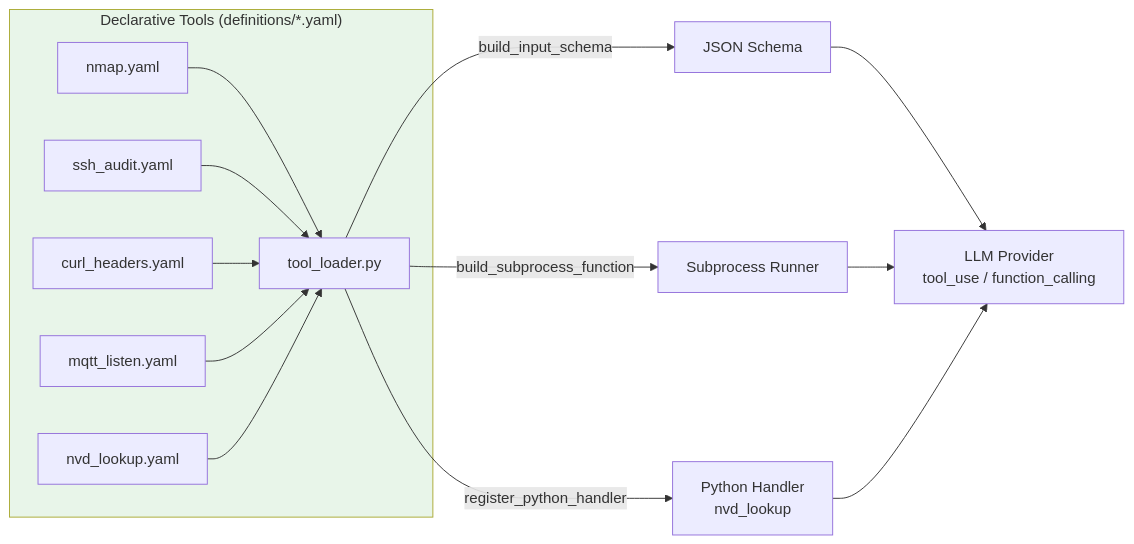
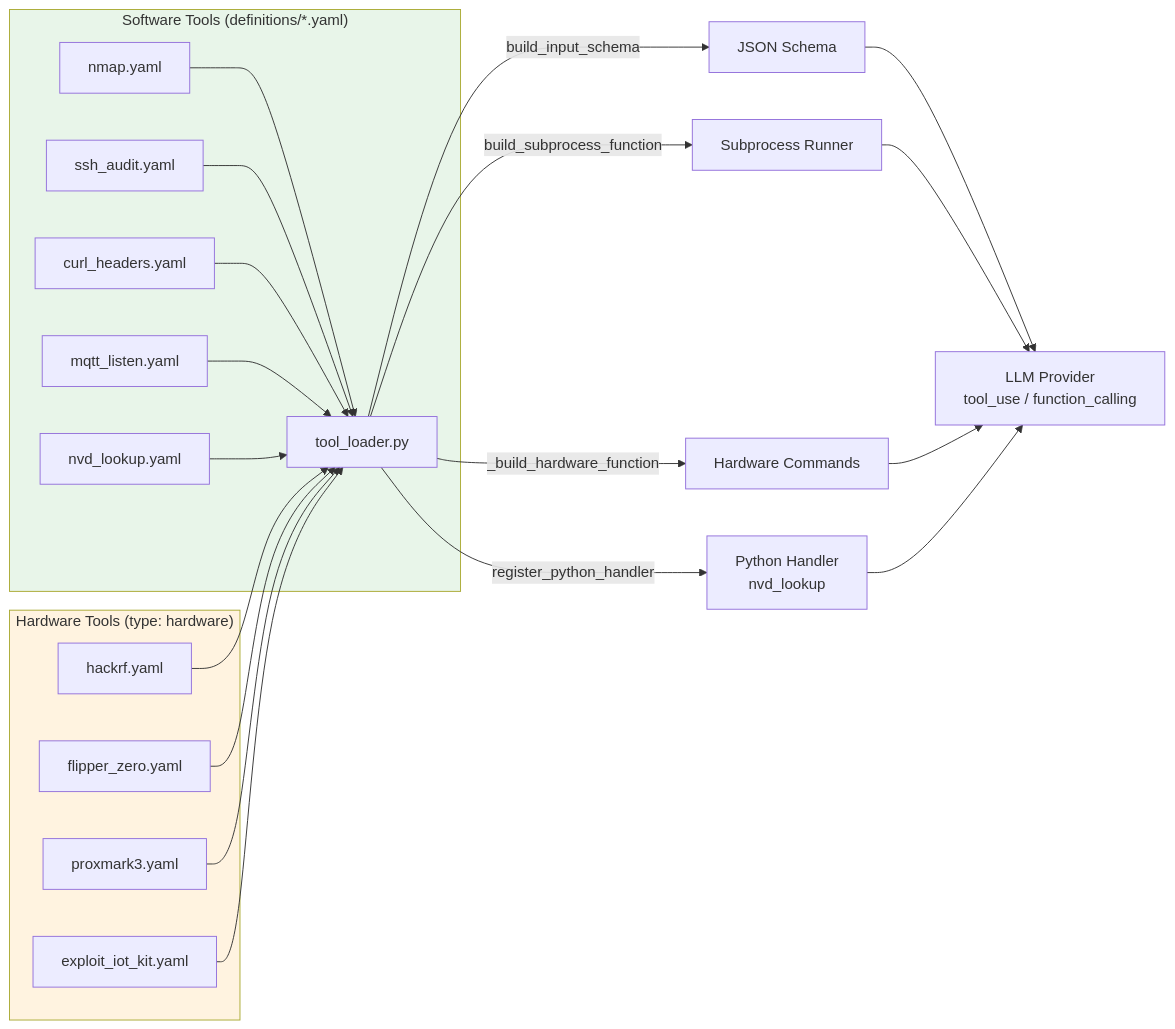
One commit to Tanguyvans/LANCE changed the second of 3 diagrams in README.md. Above: the diagram before and after it, drawn with Mermaid. The commit also changed other lines of this file and 17 other files, not shown here.

````diff
--- a/README.md
+++ b/README.md
@@ -170,20 +172,30 @@
 ```mermaid
 graph LR
-    subgraph YAML_Tools["Declarative Tools (definitions/*.yaml)"]
+    subgraph SW_Tools["Software Tools (definitions/*.yaml)"]
         N[nmap.yaml] --> TL[tool_loader.py]
         S[ssh_audit.yaml] --> TL
         C[curl_headers.yaml] --> TL
         M[mqtt_listen.yaml] --> TL
         NV[nvd_lookup.yaml] --> TL
     end
 
+    subgraph HW_Tools["Hardware Tools (type: hardware)"]
+        HRF[hackrf.yaml] --> TL
+        FZ[flipper_zero.yaml] --> TL
+        PM[proxmark3.yaml] --> TL
+        EIK[exploit_iot_kit.yaml] --> TL
+    end
+
     TL -->|build_input_schema| SCHEMA[JSON Schema]
     TL -->|build_subprocess_function| FUNC[Subprocess Runner]
+    TL -->|_build_hardware_function| HWFUNC[Hardware Commands]
     TL -->|register_python_handler| PYHANDLER[Python Handler<br/>nvd_lookup]
 
     SCHEMA --> PROVIDER[LLM Provider<br/>tool_use / function_calling]
     FUNC --> PROVIDER
+    HWFUNC --> PROVIDER
     PYHANDLER --> PROVIDER
 
-    style YAML_Tools fill:#e8f5e9
+    style SW_Tools fill:#e8f5e9
+    style HW_Tools fill:#fff3e0
 ```
````
